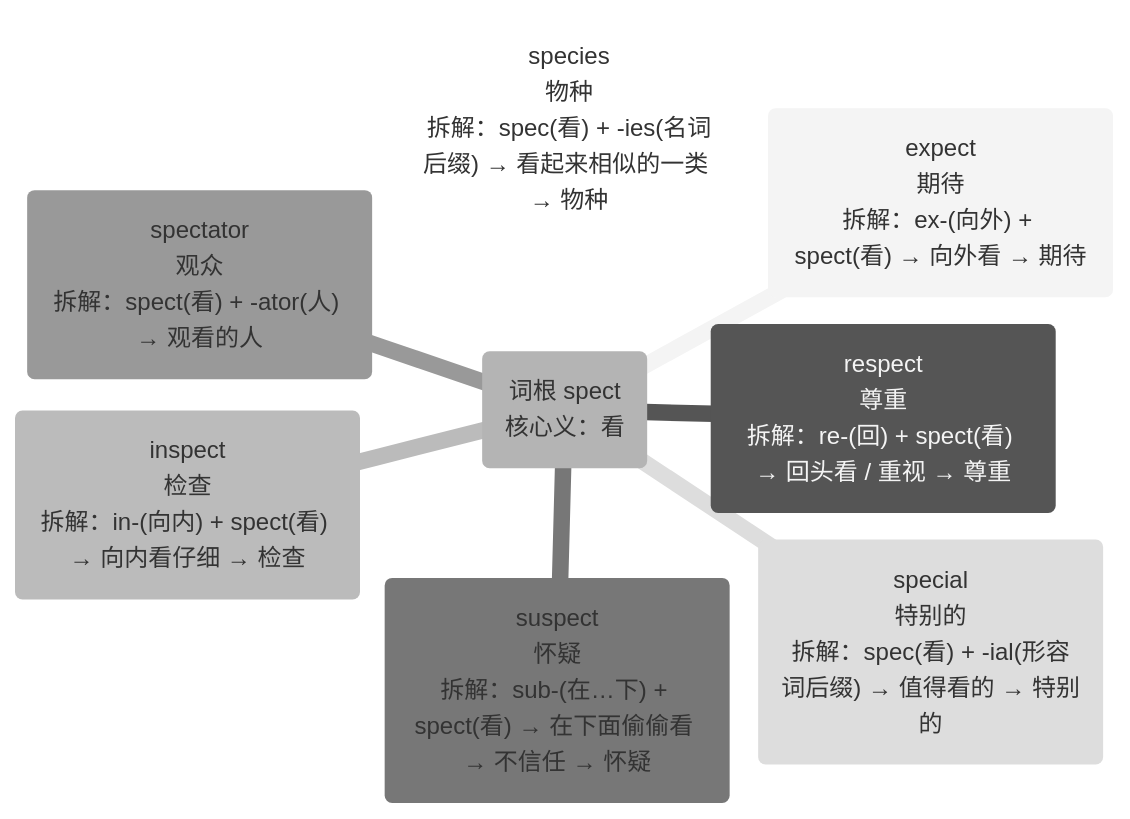
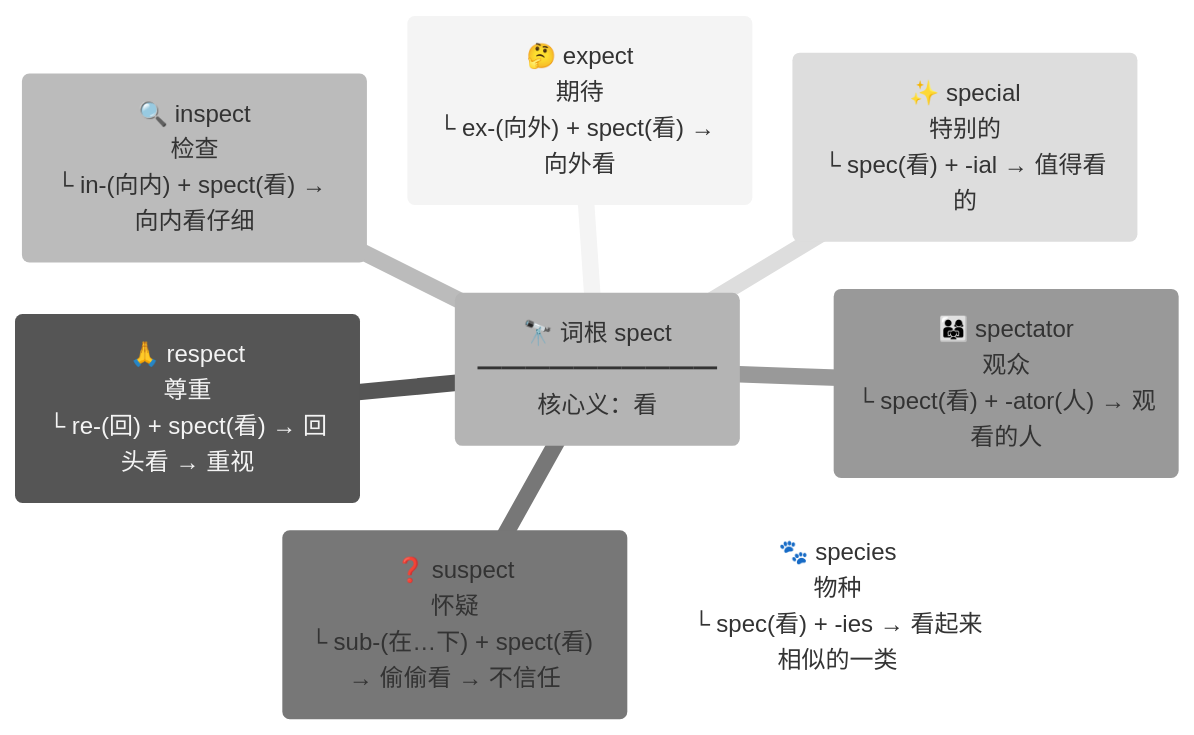
Before and after one commit to suhuide/h: the fifth of 31 diagrams in files/other/e.md, drawn with Mermaid (neutral theme). The commit also changed other lines of this file, not shown here.

````diff
--- a/files/other/e.md
+++ b/files/other/e.md
@@ -48,11 +48,11 @@
 ```mermaid 
 mindmap
-  root("词根 spect<br>核心义：看")
-    expect("expect<br>期待<br>拆解：ex-(向外) + spect(看) → 向外看 → 期待")
-    respect("respect<br>尊重<br>拆解：re-(回) + spect(看) → 回头看 / 重视 → 尊重")
-    inspect("inspect<br>检查<br>拆解：in-(向内) + spect(看) → 向内看仔细 → 检查")
-    suspect("suspect<br>怀疑<br>拆解：sub-(在…下) + spect(看) → 在下面偷偷看 → 不信任 → 怀疑")
-    spectator("spectator<br>观众<br>拆解：spect(看) + -ator(人) → 观看的人")
-    special("special<br>特别的<br>拆解：spec(看) + -ial(形容词后缀) → 值得看的 → 特别的")
-    species("species<br>物种<br>拆解：spec(看) + -ies(名词后缀) → 看起来相似的一类 → 物种")
+  root("🔭 词根 spect<br>━━━━━━━━━━<br>核心义：看")
+    expect("🤔 expect<br>期待<br>└ ex-(向外) + spect(看) → 向外看")
+    respect("🙏 respect<br>尊重<br>└ re-(回) + spect(看) → 回头看 → 重视")
+    inspect("🔍 inspect<br>检查<br>└ in-(向内) + spect(看) → 向内看仔细")
+    suspect("❓ suspect<br>怀疑<br>└ sub-(在…下) + spect(看) → 偷偷看 → 不信任")
+    spectator("👨‍👩‍👧 spectator<br>观众<br>└ spect(看) + -ator(人) → 观看的人")
+    special("✨ special<br>特别的<br>└ spec(看) + -ial → 值得看的")
+    species("🐾 species<br>物种<br>└ spec(看) + -ies → 看起来相似的一类")
 ```
````
